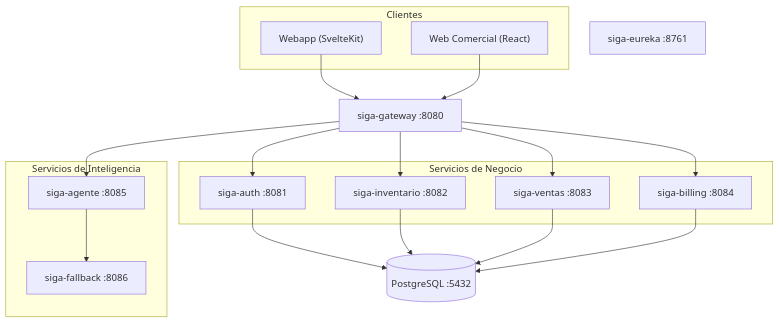
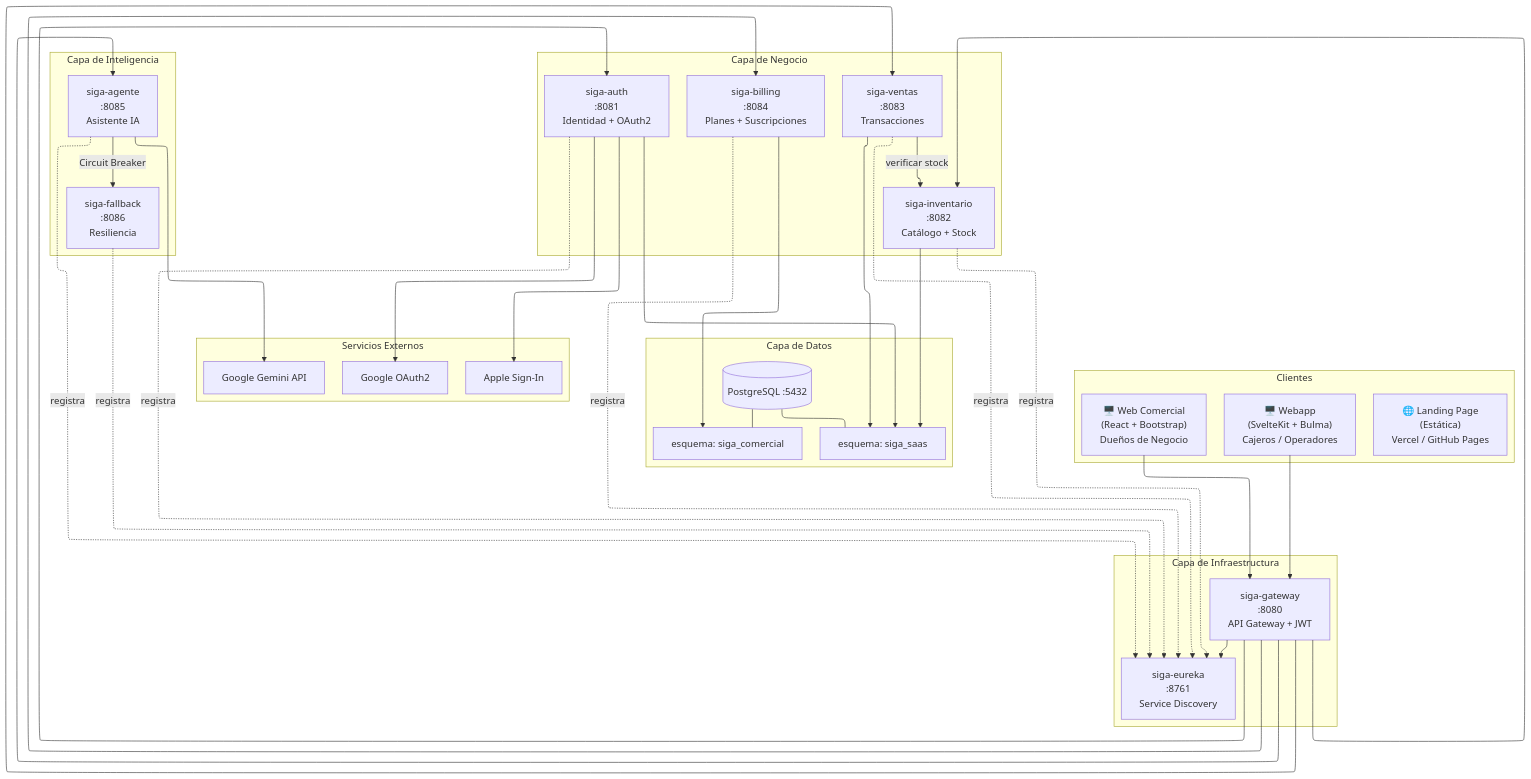
One commit to HecAguilaV/SIGA changed the first of 7 diagrams in openspec/changes/migracion-microservicios/architecture-diagrams.md. Above: the diagram before and after it, drawn with Mermaid. The commit also changed other lines of this file, not shown here.

Commit message:
docs: mejorar renderizado de diagramas Mermaid con ELK para líneas rectas

````diff
--- a/openspec/changes/migracion-microservicios/architecture-diagrams.md
+++ b/openspec/changes/migracion-microservicios/architecture-diagrams.md
@@ -9,37 +10,68 @@
 ```mermaid
-graph TD
-    subgraph Clientes
-        WA["Webapp (SvelteKit)"]
-        WC["Web Comercial (React)"]
+%%{init: {"flowchart": {"defaultRenderer": "elk"}}}%%
+flowchart TD
+    subgraph Clientes["Clientes"]
+        WA["🖥️ Webapp<br/>(SvelteKit + Bulma)<br/>Cajeros / Operadores"]
+        WC["🖥️ Web Comercial<br/>(React + Bootstrap)<br/>Dueños de Negocio"]
+        LP["🌐 Landing Page<br/>(Estática)<br/>Vercel / GitHub Pages"]
     end
 
-    GW["siga-gateway :8080"]
-    EU["siga-eureka :8761"]
-
-    subgraph Servicios de Negocio
-        AU["siga-auth :8081"]
-        IN["siga-inventario :8082"]
-        VE["siga-ventas :8083"]
-        BI["siga-billing :8084"]
+    subgraph Infraestructura["Capa de Infraestructura"]
+        EU["siga-eureka<br/>:8761<br/>Service Discovery"]
+        GW["siga-gateway<br/>:8080<br/>API Gateway + JWT"]
     end
 
-    subgraph Servicios de Inteligencia
-        AG["siga-agente :8085"]
-        FB["siga-fallback :8086"]
+    subgraph Negocio["Capa de Negocio"]
+        AU["siga-auth<br/>:8081<br/>Identidad + OAuth2"]
+        IN["siga-inventario<br/>:8082<br/>Catálogo + Stock"]
+        VE["siga-ventas<br/>:8083<br/>Transacciones"]
+        BI["siga-billing<br/>:8084<br/>Planes + Suscripciones"]
     end
 
-    DB[("PostgreSQL :5432")]
+    subgraph Inteligencia["Capa de Inteligencia"]
+        AG["siga-agente<br/>:8085<br/>Asistente IA"]
+        FB["siga-fallback<br/>:8086<br/>Resiliencia"]
+    end
+
+    subgraph Datos["Capa de Datos"]
+        DB[("PostgreSQL :5432")]
+        SS["esquema: siga_saas"]
+        SC["esquema: siga_comercial"]
+    end
+
+    subgraph Externos["Servicios Externos"]
+        GG["Google Gemini API"]
+        GO["Google OAuth2"]
+        AP["Apple Sign-In"]
+    end
 
     WA --> GW
     WC --> GW
+    GW --> EU
     GW --> AU
     GW --> IN
     GW --> VE
     GW --> BI
     GW --> AG
-    AG --> FB
-    AU --> DB
-    IN --> DB
-    VE --> DB
-    BI --> DB
+
+    AU -.->|registra| EU
+    IN -.->|registra| EU
+    VE -.->|registra| EU
+    BI -.->|registra| EU
+    AG -.->|registra| EU
+    FB -.->|registra| EU
+
+    AU --> GO
+    AU --> AP
+    AG --> GG
+    AG -->|Circuit Breaker| FB
+
+    VE -->|verificar stock| IN
+
+    AU --> SS
+    IN --> SS
+    VE --> SS
+    BI --> SC
+    DB --- SS
+    DB --- SC
 ```
````
